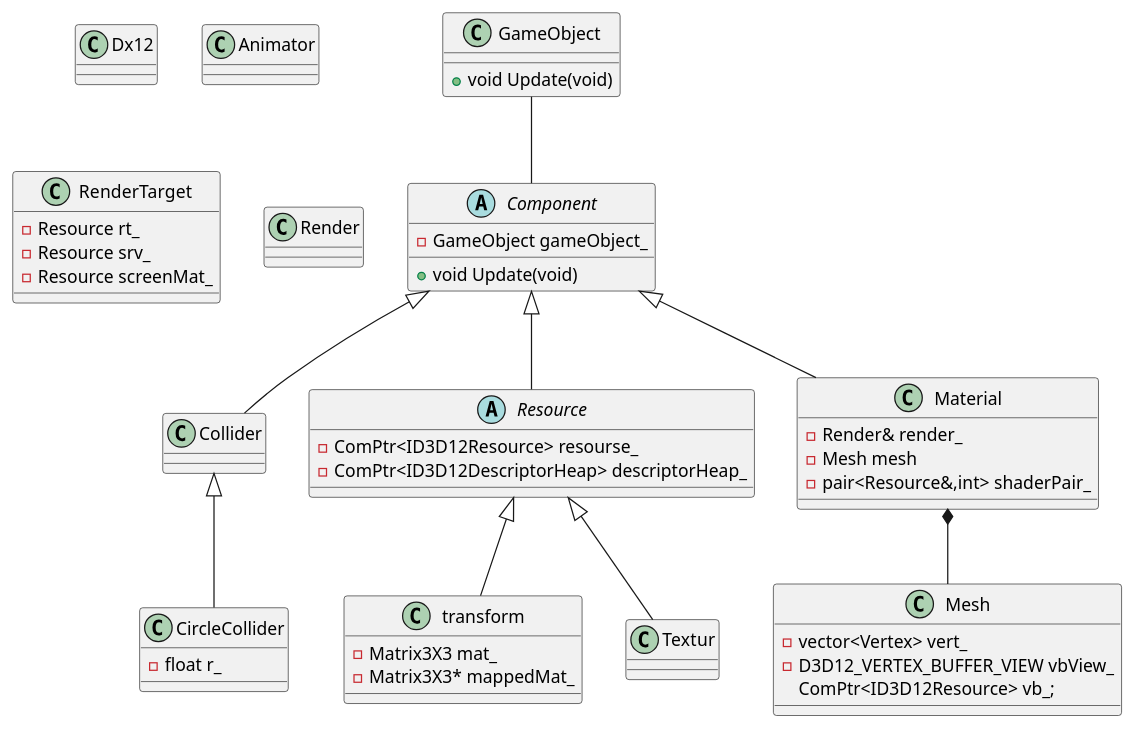
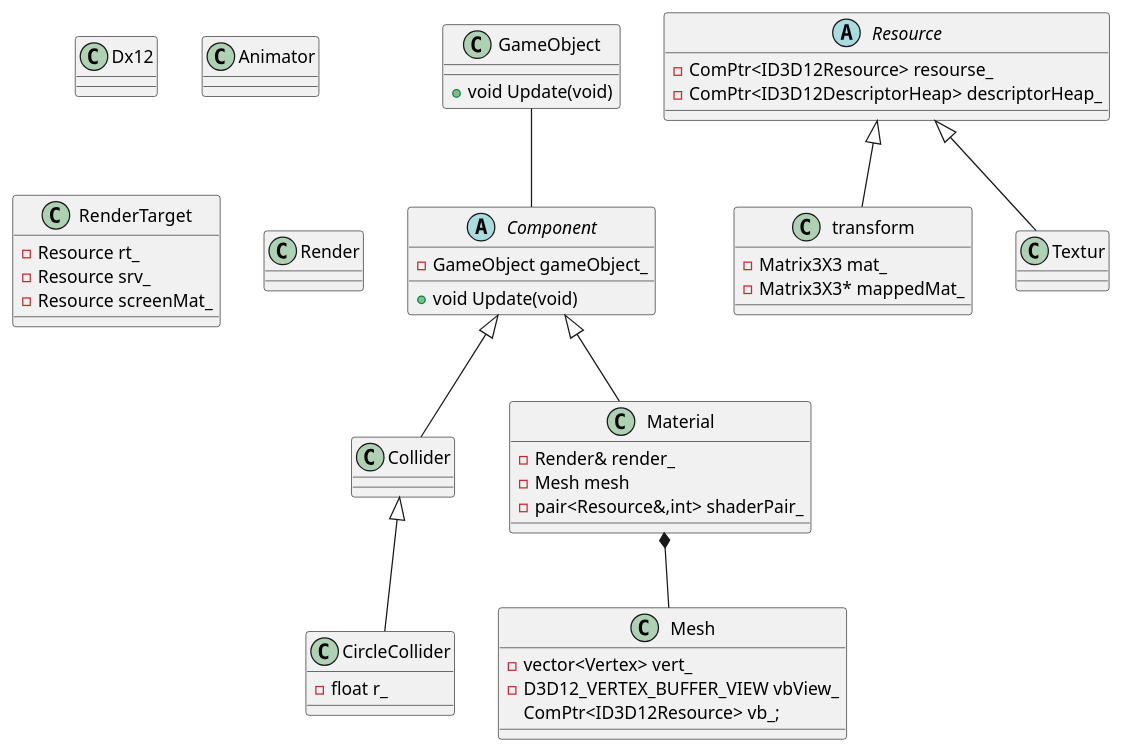
One commit to eugene-hanada/2DShootingGame changed the diagram in 2DShootingDx12/設計/全体図.wsd. Above: the diagram before and after it, drawn with PlantUML. The commit also changed 31 other files, not shown here.

```diff
--- a/2DShootingDx12/設計/全体図.wsd
+++ b/2DShootingDx12/設計/全体図.wsd
@@ -1,82 +1,82 @@
 @startuml クラス図(全体)
 
 class GameObject{
     +void Update(void)
 }
 
 class Dx12{
 
 }
 
 
 
 abstract class Component{
     +void Update(void)
     -GameObject gameObject_
 }
 
 GameObject -- Component
 
 class Collider{
     
 }
 
 Component <|-- Collider
 
 class CircleCollider{
     -float r_
 }
 
 Collider <|-- CircleCollider
 
 class Animator{
 
 }
 
 class RenderTarget{
     -Resource rt_
     -Resource srv_
     -Resource screenMat_
 }
 
 abstract class Resource{
     -ComPtr<ID3D12Resource> resourse_
     -ComPtr<ID3D12DescriptorHeap> descriptorHeap_ 
 }
 
-Component <|-- Resource
+
 
 class transform{
     -Matrix3X3 mat_
     -Matrix3X3* mappedMat_
 }
 
 Resource <|-- transform
 
 class Textur{
 }
 
 Resource <|-- Textur
 
 
 class Mesh{
     -vector<Vertex> vert_
     -D3D12_VERTEX_BUFFER_VIEW vbView_
     ComPtr<ID3D12Resource> vb_;
 }
 
 Material *-- Mesh
 
 class Material{
     -Render& render_
     -Mesh mesh
     -pair<Resource&,int> shaderPair_    
 }
 
 Component <|-- Material
 
 class Render{
     
 }
 
 @enduml
```
